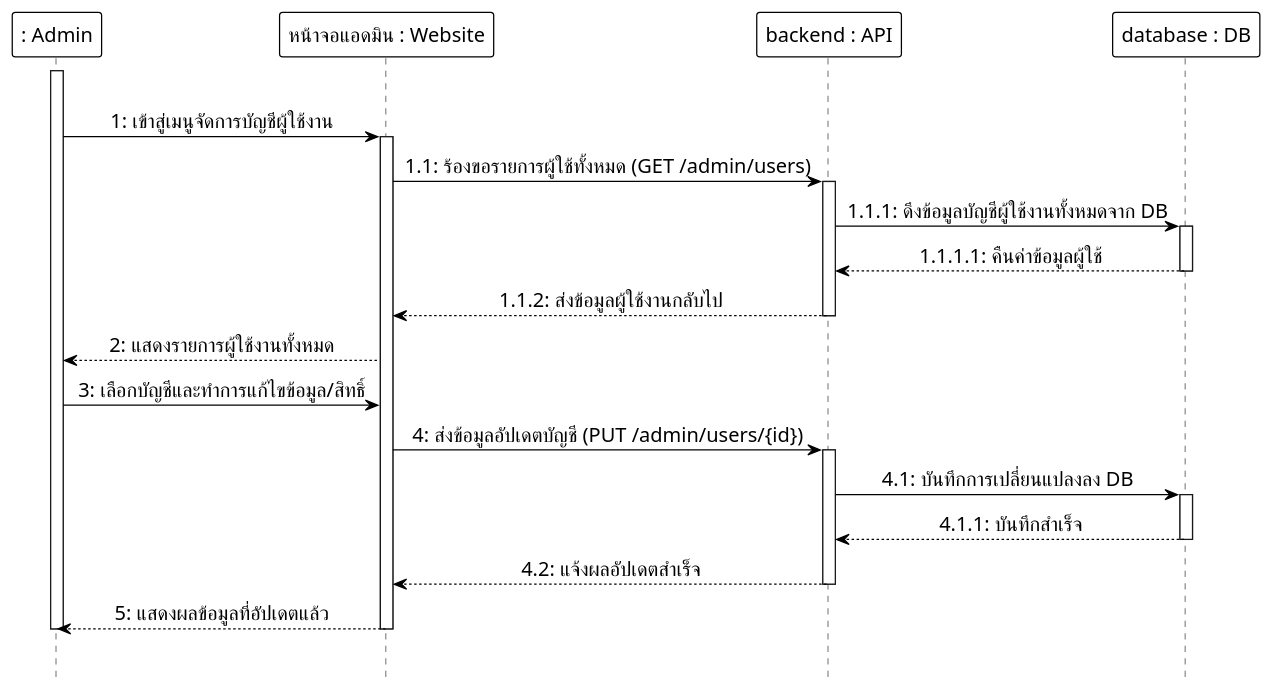
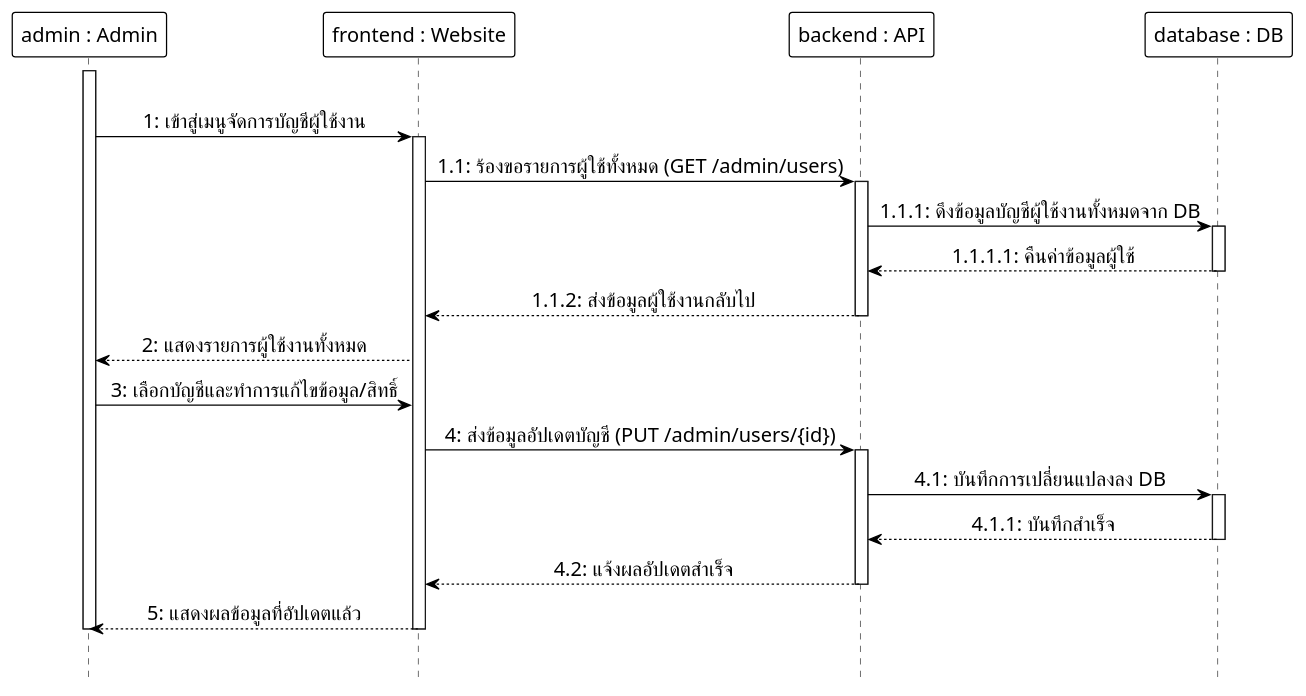
Diagram 13 of 15 in docs/diagrams/plantuml_source/plantuml_sequence_diagrams.md (Anatta-at/my-portfolio-app), drawn with PlantUML before and after one commit. The commit also changed other lines of this file and 16 other files, not shown here.

Commit message:
docs: Update diagram swimlanes and participants to use instance : Class notation

````diff
--- a/docs/diagrams/plantuml_source/plantuml_sequence_diagrams.md
+++ b/docs/diagrams/plantuml_source/plantuml_sequence_diagrams.md
@@ -680,52 +680,52 @@
 ```plantuml
 @startuml
 hide footbox
 skinparam monochrome true
 skinparam shadowing false
 skinparam backgroundcolor transparent
 skinparam ParticipantMinHeight 60
 skinparam ParticipantMinWidth 160
 skinparam ParticipantBackgroundColor white
 skinparam ParticipantBorderColor black
 skinparam ParticipantBorderThickness 1.0
 skinparam ParticipantFontSize 16
 skinparam LifeLineBackgroundColor white
 skinparam LifeLineBorderColor black
 skinparam LifeLineBorderThickness 1.0
 skinparam ArrowColor black
 skinparam ArrowFontSize 16
 skinparam sequenceMessageAlign center
 
-participant ": Admin" as Admin
-participant "หน้าจอแอดมิน : Website" as Frontend
+participant "admin : Admin" as Admin
+participant "frontend : Website" as Frontend
 participant "backend : API" as Backend
 participant "database : DB" as DB
 
 |||
 activate Admin
 Admin -> Frontend: 1: เข้าสู่เมนูจัดการบัญชีผู้ใช้งาน
 activate Frontend
 Frontend -> Backend: 1.1: ร้องขอรายการผู้ใช้ทั้งหมด (GET /admin/users)
 activate Backend
 Backend -> DB: 1.1.1: ดึงข้อมูลบัญชีผู้ใช้งานทั้งหมดจาก DB
 activate DB
 DB --> Backend: 1.1.1.1: คืนค่าข้อมูลผู้ใช้
 deactivate DB
 Backend --> Frontend: 1.1.2: ส่งข้อมูลผู้ใช้งานกลับไป
 deactivate Backend
 Frontend --> Admin: 2: แสดงรายการผู้ใช้งานทั้งหมด
 Admin -> Frontend: 3: เลือกบัญชีและทำการแก้ไขข้อมูล/สิทธิ์
 Frontend -> Backend: 4: ส่งข้อมูลอัปเดตบัญชี (PUT /admin/users/{id})
 activate Backend
 Backend -> DB: 4.1: บันทึกการเปลี่ยนแปลงลง DB
 activate DB
 DB --> Backend: 4.1.1: บันทึกสำเร็จ
 deactivate DB
 Backend --> Frontend: 4.2: แจ้งผลอัปเดตสำเร็จ
 deactivate Backend
 Frontend --> Admin: 5: แสดงผลข้อมูลที่อัปเดตแล้ว
 deactivate Frontend
 deactivate Admin
 |||
 @enduml
 ```
````
